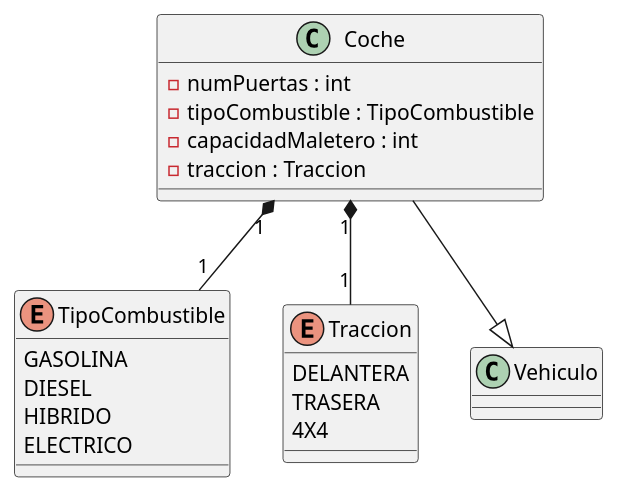
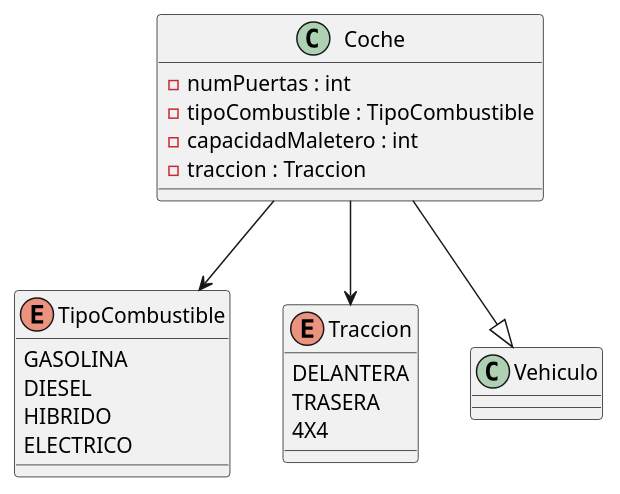
Before and after one commit to xLucaPMx/UT5_ED_Prog: the diagram in uml/Coche.puml, drawn with PlantUML. The commit also changed 4 other files, not shown here.

```diff
--- a/uml/Coche.puml
+++ b/uml/Coche.puml
@@ -1,25 +1,25 @@
 @startuml Coche
 class Coche{
 -numPuertas : int
 -tipoCombustible : TipoCombustible
 -capacidadMaletero : int
 -traccion : Traccion
 }
 
 enum TipoCombustible{
     GASOLINA
     DIESEL
     HIBRIDO
     ELECTRICO
 }
 enum Traccion{
     DELANTERA
     TRASERA
     4X4
 }
 
 Coche --|> Vehiculo
-Coche "1" *-- "1" TipoCombustible
-Coche "1" *-- "1" Traccion
+Coche --> TipoCombustible
+Coche --> Traccion
 
 @enduml
```
